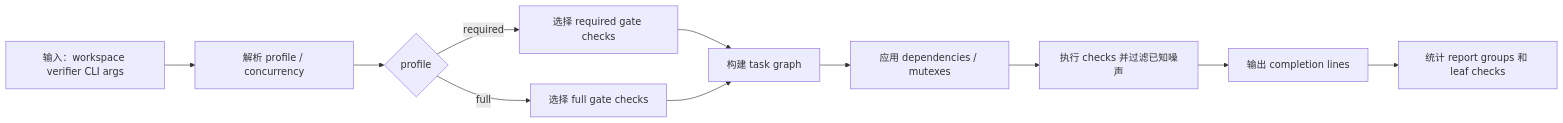
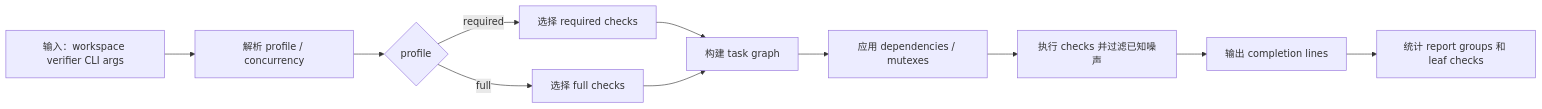
The fourth of 7 diagrams in docs/testing/cases.md (zxyycom/docnav), drawn with Mermaid before and after one commit. The commit also changed other lines of this file and 25 other files, not shown here.

````diff
--- a/docs/testing/cases.md
+++ b/docs/testing/cases.md
@@ -608,13 +608,13 @@
 ```mermaid
 flowchart LR
   A["输入：workspace verifier CLI args"] --> B["解析 profile / concurrency"]
   B --> C{"profile"}
-  C -->|"required"| D["选择 required gate checks"]
-  C -->|"full"| E["选择 full gate checks"]
+  C -->|"required"| D["选择 required checks"]
+  C -->|"full"| E["选择 full checks"]
   D --> F["构建 task graph"]
   E --> F
   F --> G["应用 dependencies / mutexes"]
   G --> H["执行 checks 并过滤已知噪声"]
   H --> I["输出 completion lines"]
   I --> J["统计 report groups 和 leaf checks"]
 ```
````
